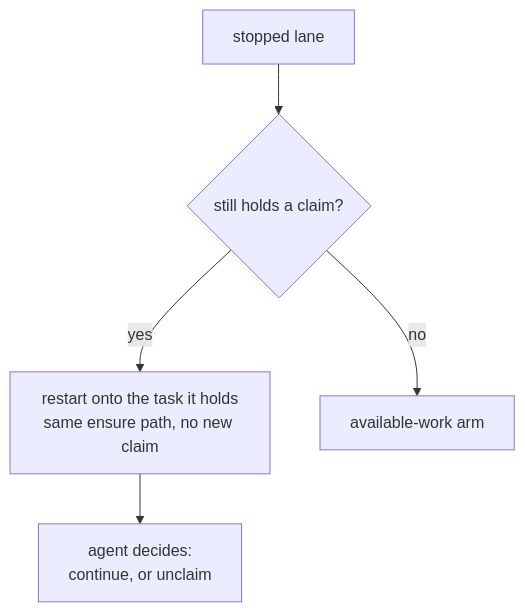
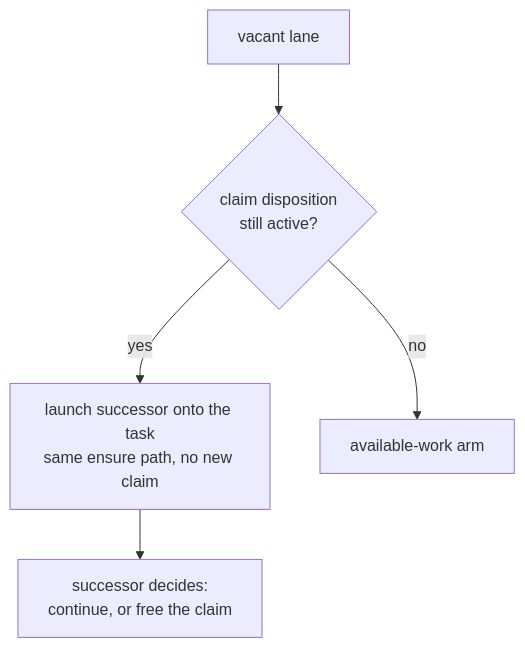
One commit to infimalabs/spice-rust changed the fourth of 10 diagrams in docs/product/model/decisions.md. Above: the diagram before and after it, drawn with Mermaid. The commit also changed other lines of this file and 71 other files, not shown here.

````diff
--- a/docs/product/model/decisions.md
+++ b/docs/product/model/decisions.md
@@ -131,7 +137,7 @@
 ```mermaid
 flowchart TD
-  L["stopped lane"] --> C{"still holds a claim?"}
-  C -- yes --> R["restart onto the task it holds<br/>same ensure path, no new claim"]
+  L["vacant lane"] --> C{"claim disposition<br/>still active?"}
+  C -- yes --> R["launch successor onto the task<br/>same ensure path, no new claim"]
   C -- no --> A["available-work arm"]
-  R --> D["agent decides:<br/>continue, or unclaim"]
+  R --> D["successor decides:<br/>continue, or free the claim"]
 ```
````
